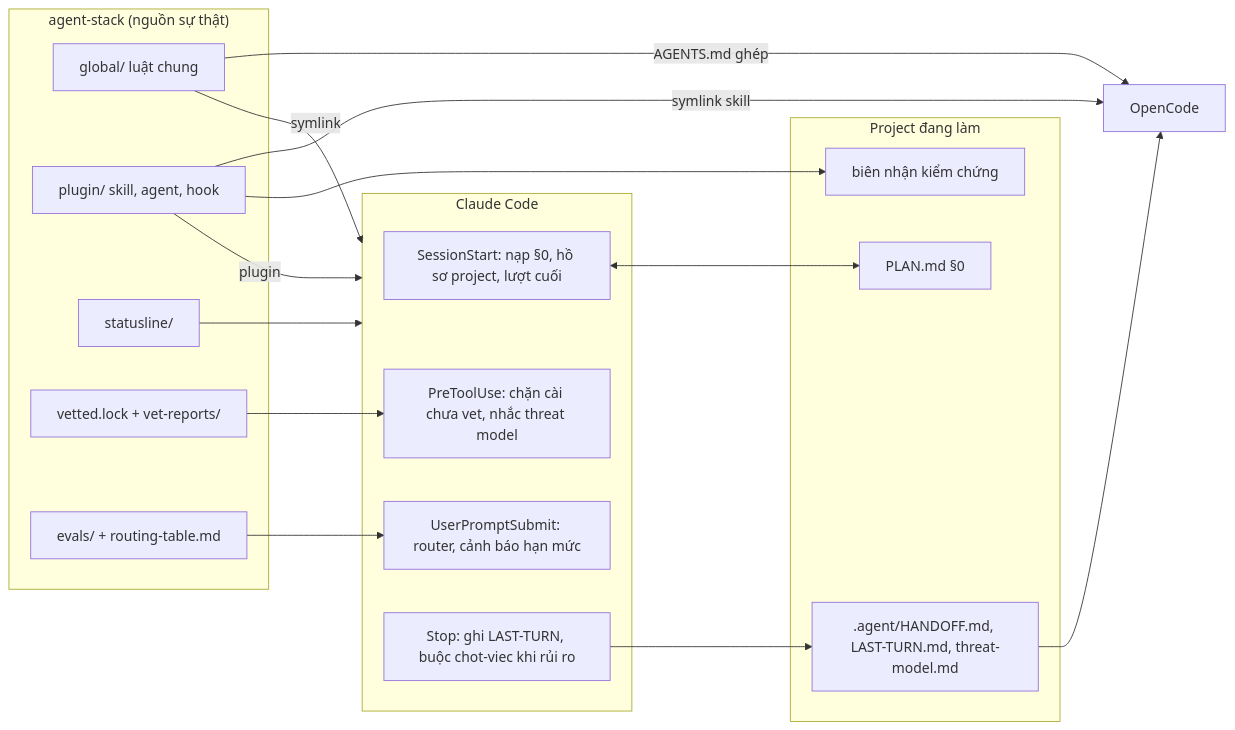
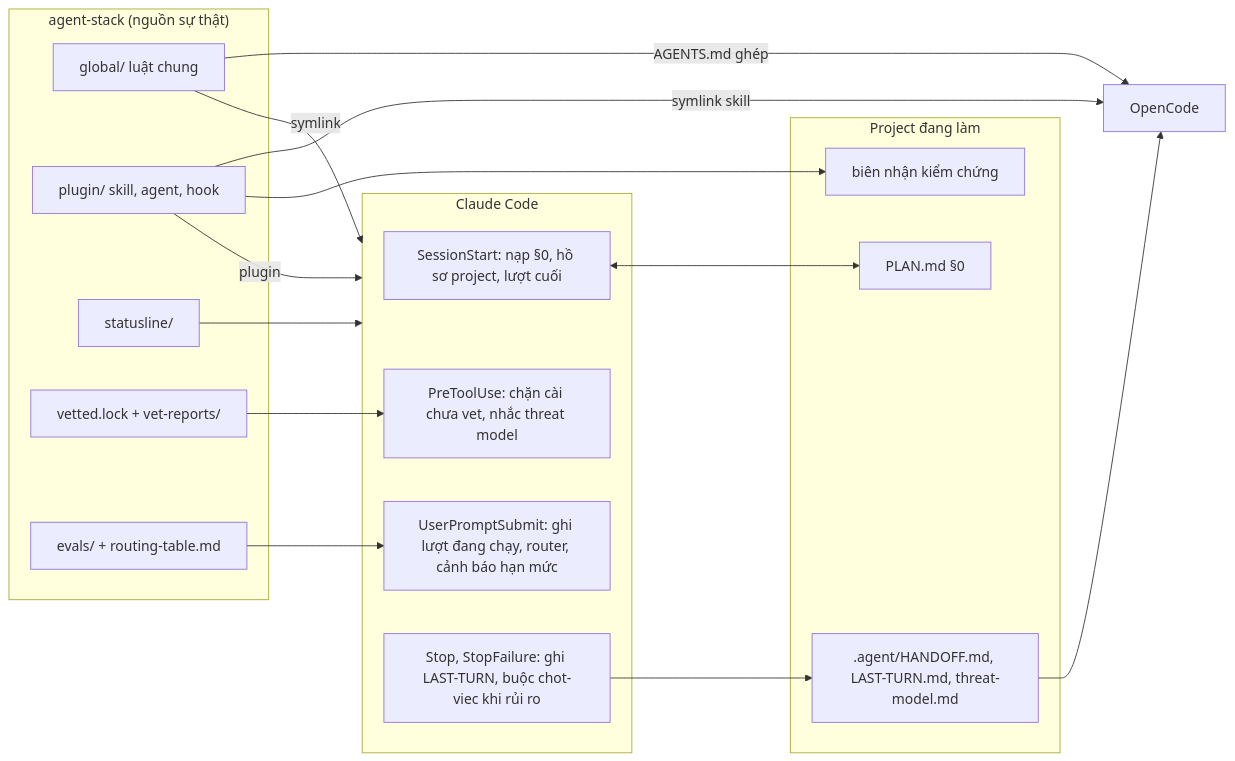
Before and after one commit to tdHuy22/agent-stack: the diagram in README.md, drawn with Mermaid. The commit also changed other lines of this file, not shown here.

Commit message:
README: tự lưu GĐ24, router tính cache, merge_back, HMAC

````diff
--- a/README.md
+++ b/README.md
@@ -42,37 +42,37 @@
 ```mermaid
 flowchart LR
     subgraph Repo["agent-stack (nguồn sự thật)"]
         G["global/ luật chung"]
         P["plugin/ skill, agent, hook"]
         S["statusline/"]
         V["vetted.lock + vet-reports/"]
         E["evals/ + routing-table.md"]
     end
 
     subgraph CC["Claude Code"]
         H1[SessionStart: nạp §0, hồ sơ project, lượt cuối]
-        H2[UserPromptSubmit: router, cảnh báo hạn mức]
+        H2[UserPromptSubmit: ghi lượt đang chạy, router, cảnh báo hạn mức]
         H3[PreToolUse: chặn cài chưa vet, nhắc threat model]
-        H4[Stop: ghi LAST-TURN, buộc chot-viec khi rủi ro]
+        H4[Stop, StopFailure: ghi LAST-TURN, buộc chot-viec khi rủi ro]
     end
 
     subgraph Proj["Project đang làm"]
         PL[PLAN.md §0]
         AG[.agent/HANDOFF.md, LAST-TURN.md, threat-model.md]
         RC[biên nhận kiểm chứng]
     end
 
     OC[OpenCode]
 
     G -- symlink --> CC
     G -- AGENTS.md ghép --> OC
     P -- plugin --> CC
     P -- symlink skill --> OC
     S --> CC
     V --> H3
     E --> H2
     H1 <--> PL
     H4 --> AG
     P --> RC
     AG --> OC
 ```
````
